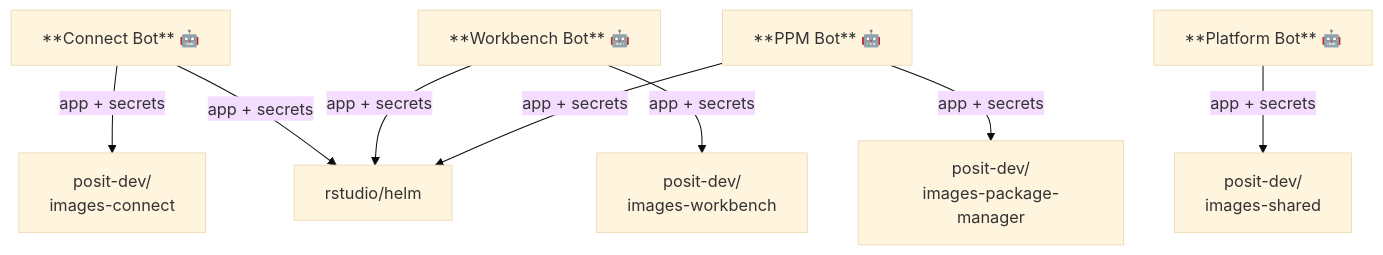
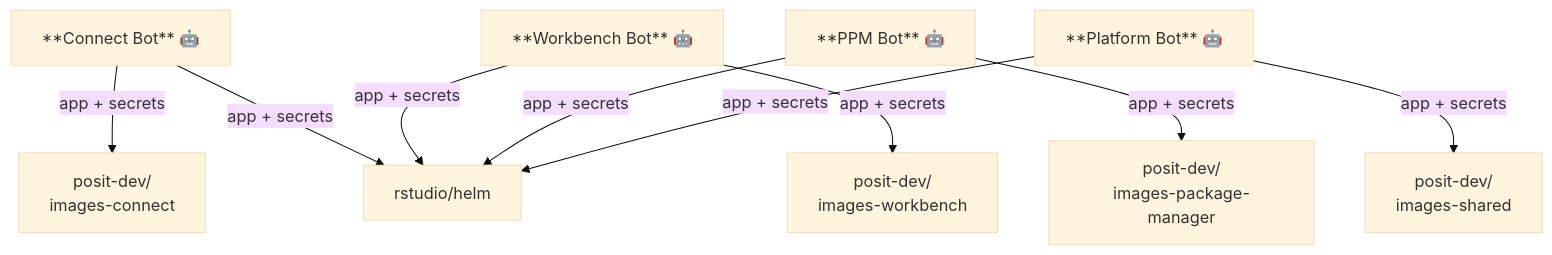
One commit to posit-dev/images-shared changed the first of 5 diagrams in pulumi/github/github-apps/README.md. Above: the diagram before and after it, drawn with Mermaid (base theme). The commit also changed other lines of this file and 1 other file, not shown here.

First line of the commit message:
Add platform-bot to rstudio/helm

````diff
--- a/pulumi/github/github-apps/README.md
+++ b/pulumi/github/github-apps/README.md
@@ -36,18 +36,19 @@
 ```mermaid
 graph TD
     CB["**Connect Bot** 🤖"]
     WB["**Workbench Bot** 🤖"]
     PB["**PPM Bot** 🤖"]
     PLB["**Platform Bot** 🤖"]
 
     CB -->|app + secrets| IC["posit-dev/<br/>images-connect"]
     CB -->|app + secrets| HELM["rstudio/helm"]
 
     WB -->|app + secrets| IW["posit-dev/<br/>images-workbench"]
     WB -->|app + secrets| HELM
 
     PB -->|app + secrets| IP["posit-dev/<br/>images-package-manager"]
     PB -->|app + secrets| HELM
 
     PLB -->|app + secrets| IS["posit-dev/<br/>images-shared"]
+    PLB -->|app + secrets| HELM
 ```
````
